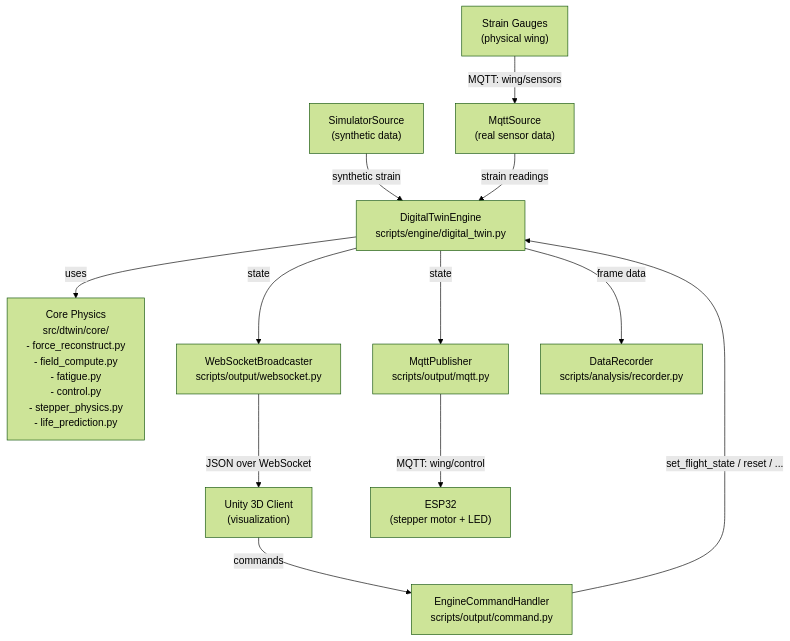
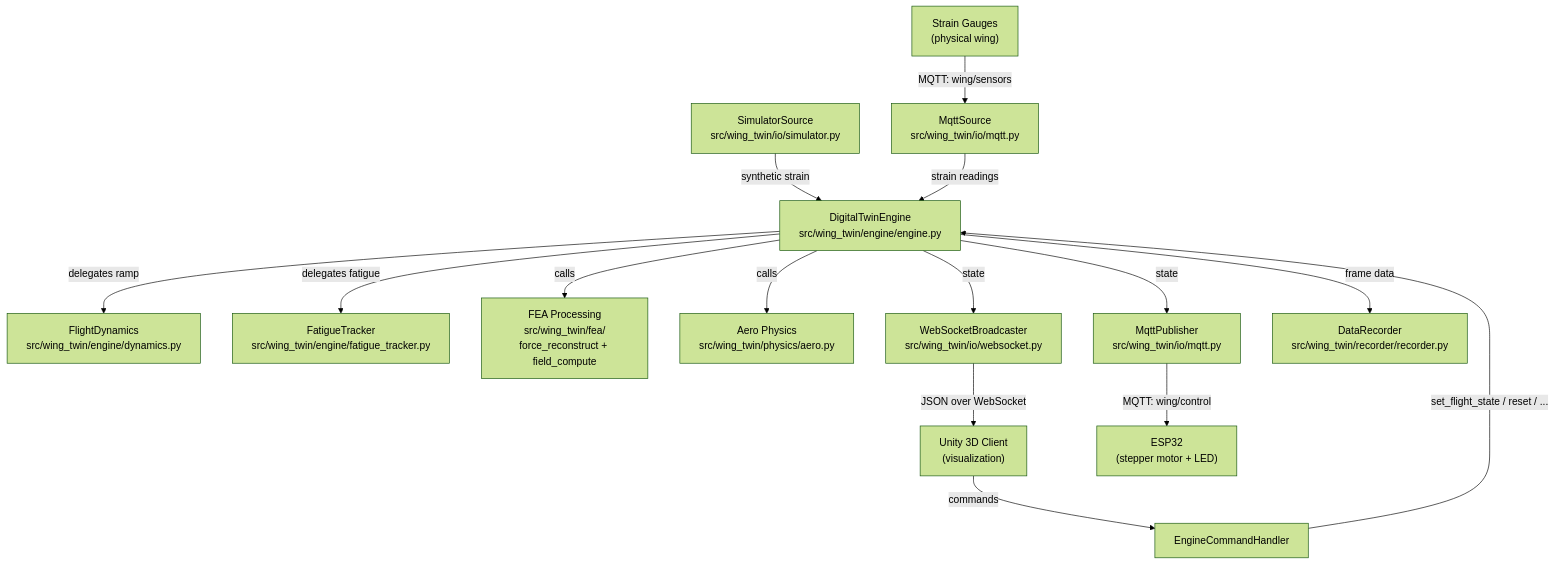
The diagram in README.md (mitkozh/wing_twin), drawn with Mermaid (forest theme) before and after one commit. The commit also changed other lines of this file and 4 other files, not shown here.

````diff
--- a/README.md
+++ b/README.md
@@ -127,26 +133,32 @@
 ```mermaid
 graph TB
     Sensors["Strain Gauges<br/>(physical wing)"]
-    Simulator["SimulatorSource<br/>(synthetic data)"]
-    MQTTSrc["MqttSource<br/>(real sensor data)"]
-    Engine["DigitalTwinEngine<br/>scripts/engine/digital_twin.py"]
-    Core["Core Physics<br/>src/dtwin/core/<br/>- force_reconstruct.py<br/>- field_compute.py<br/>- fatigue.py<br/>- control.py<br/>- stepper_physics.py<br/>- life_prediction.py"]
-    MQTTPub["MqttPublisher<br/>scripts/output/mqtt.py"]
-    WS["WebSocketBroadcaster<br/>scripts/output/websocket.py"]
-    Cmd["EngineCommandHandler<br/>scripts/output/command.py"]
+    Simulator["SimulatorSource<br/>src/wing_twin/io/simulator.py"]
+    MQTTSrc["MqttSource<br/>src/wing_twin/io/mqtt.py"]
+    Engine["DigitalTwinEngine<br/>src/wing_twin/engine/engine.py"]
+    Dynamics["FlightDynamics<br/>src/wing_twin/engine/dynamics.py"]
+    Fatigue["FatigueTracker<br/>src/wing_twin/engine/fatigue_tracker.py"]
+    FEA["FEA Processing<br/>src/wing_twin/fea/<br/>force_reconstruct + field_compute"]
+    Aero["Aero Physics<br/>src/wing_twin/physics/aero.py"]
+    MQTTPub["MqttPublisher<br/>src/wing_twin/io/mqtt.py"]
+    WS["WebSocketBroadcaster<br/>src/wing_twin/io/websocket.py"]
+    Cmd["EngineCommandHandler"]
     Unity["Unity 3D Client<br/>(visualization)"]
     ESP32["ESP32<br/>(stepper motor + LED)"]
-    Recorder["DataRecorder<br/>scripts/analysis/recorder.py"]
+    Recorder["DataRecorder<br/>src/wing_twin/recorder/recorder.py"]
 
     Sensors -->|MQTT: wing/sensors| MQTTSrc
     Simulator -->|synthetic strain| Engine
     MQTTSrc -->|strain readings| Engine
-    Engine -->|uses| Core
+    Engine -->|delegates ramp| Dynamics
+    Engine -->|delegates fatigue| Fatigue
+    Engine -->|calls| FEA
+    Engine -->|calls| Aero
     Engine -->|state| MQTTPub
     Engine -->|state| WS
     Engine -->|frame data| Recorder
     MQTTPub -->|MQTT: wing/control| ESP32
     WS -->|JSON over WebSocket| Unity
     Unity -->|commands| Cmd
     Cmd -->|set_flight_state / reset / ...| Engine
 ```
````
